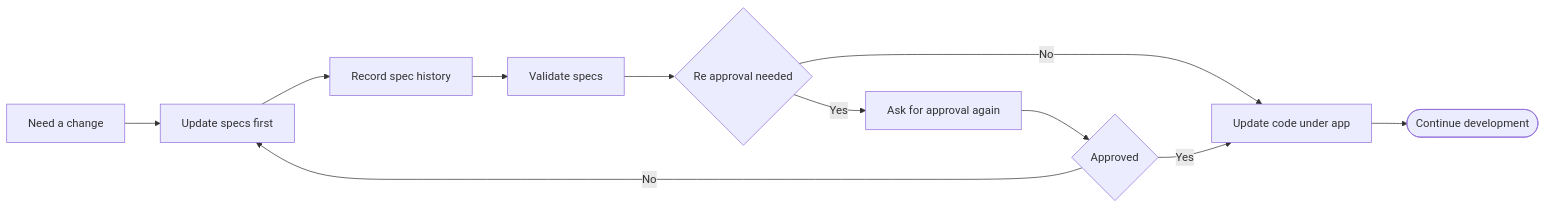
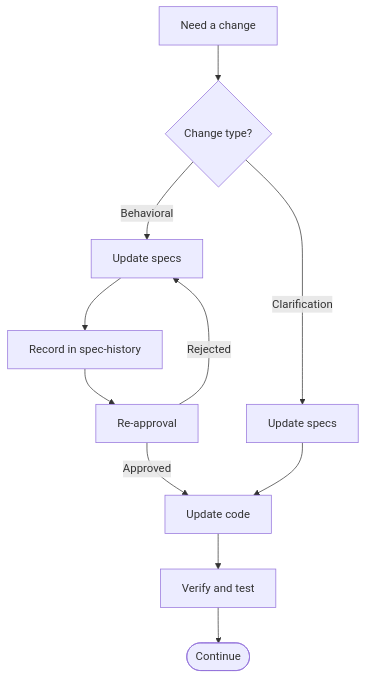
One commit to yunusakin/spectra changed the fourth of 4 diagrams in README.md. Above: the diagram before and after it, drawn with Mermaid. The commit also changed other lines of this file, not shown here.

````diff
--- a/README.md
+++ b/README.md
@@ -61,13 +149,16 @@
 ```mermaid
-flowchart LR
-  Change[Need a change] --> Specs[Update specs first]
-  Specs --> History[Record spec history]
-  History --> Validate[Validate specs]
-  Validate --> Reapprove{Re approval needed}
-  Reapprove -->|No| Code[Update code under app]
-  Reapprove -->|Yes| Ask[Ask for approval again]
-  Ask --> Approved{Approved}
-  Approved -->|No| Specs
-  Approved -->|Yes| Code
-  Code --> Done([Continue development])
+flowchart TD
+  Change["Need a change"] --> Type{"Change type?"}
+
+  Type -->|Clarification| Update["Update specs"]
+  Type -->|Behavioral| Specs["Update specs"]
+
+  Specs --> History["Record in spec-history"]
+  History --> Reapprove["Re-approval"]
+  Reapprove -->|Approved| Code["Update code"]
+  Reapprove -->|Rejected| Specs
+
+  Update --> Code
+  Code --> Verify["Verify and test"]
+  Verify --> Done(["Continue"])
 ```
````
